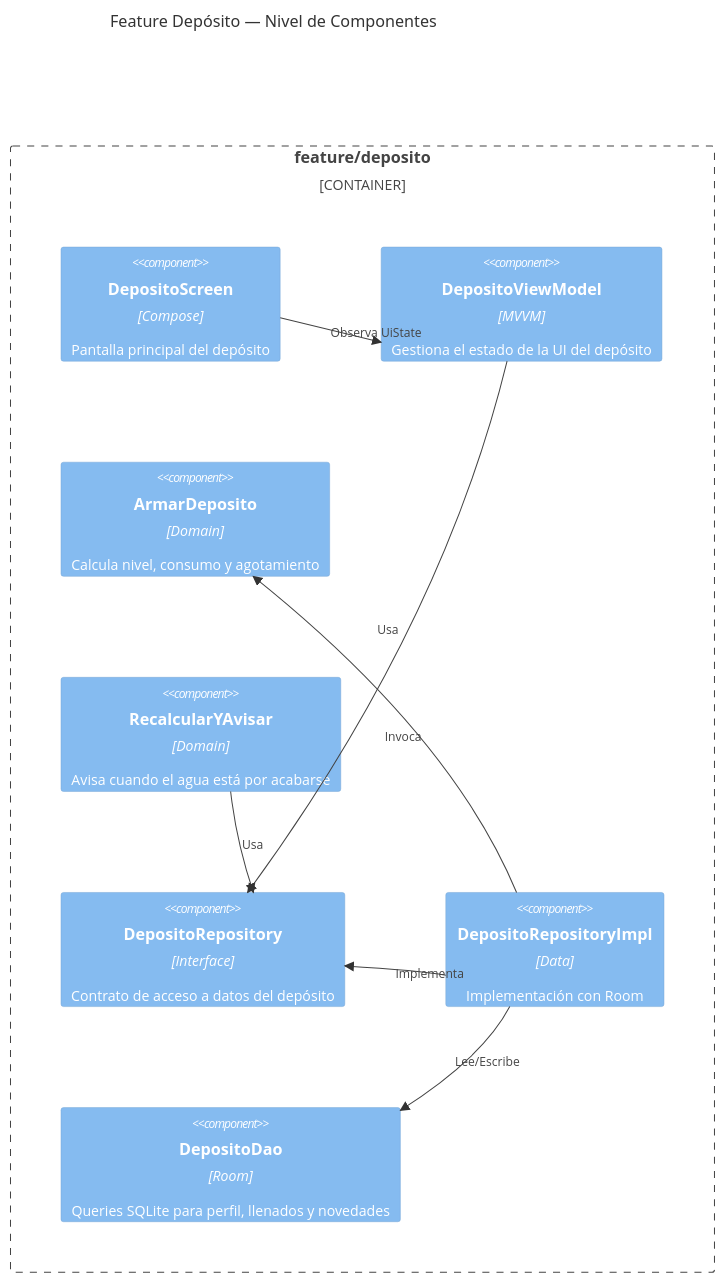
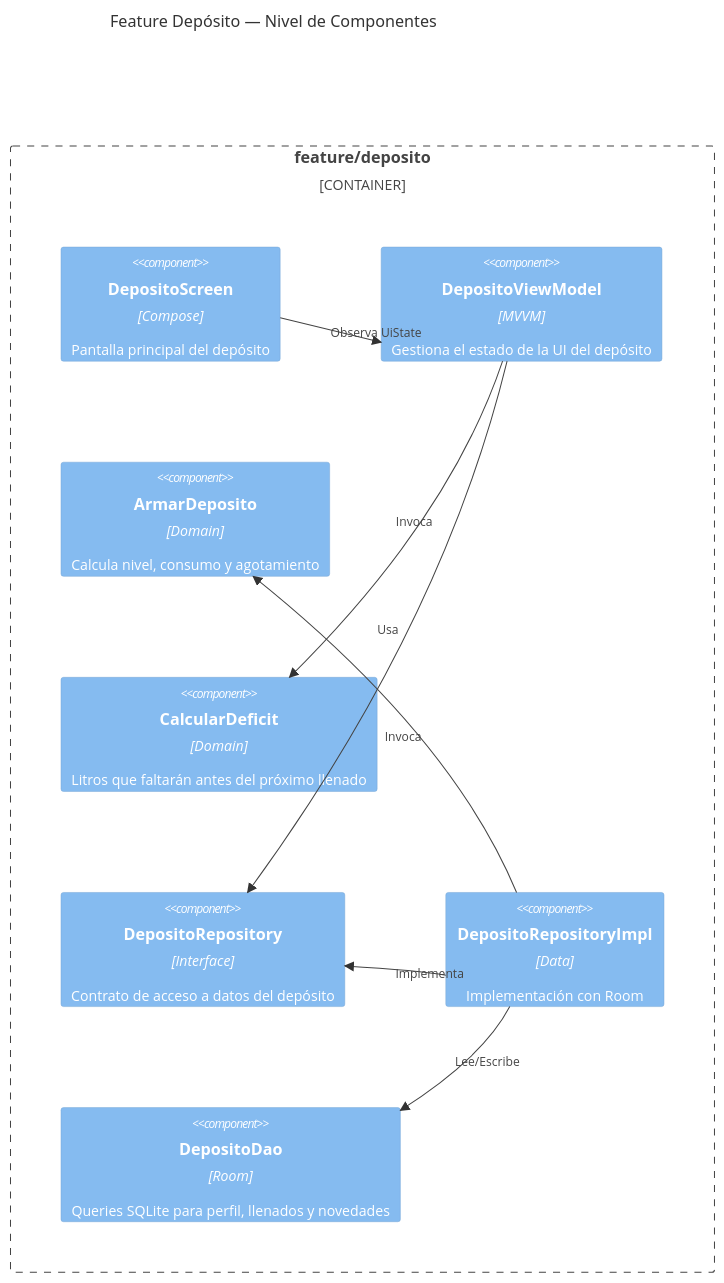
Before and after one commit to IkerASierraR/AguardApp: the fourth of 5 diagrams in Readme.md, drawn with Mermaid. The commit also changed other lines of this file and 109 other files, not shown here.

````diff
--- a/Readme.md
+++ b/Readme.md
@@ -216,21 +211,21 @@
 ```mermaid
 C4Component
     title Feature Depósito — Nivel de Componentes
 
     Container_Boundary(deposito, "feature/deposito") {
         Component(screen, "DepositoScreen", "Compose", "Pantalla principal del depósito")
         Component(vm, "DepositoViewModel", "MVVM", "Gestiona el estado de la UI del depósito")
         Component(uc_armar, "ArmarDeposito", "Domain", "Calcula nivel, consumo y agotamiento")
-        Component(uc_avisar, "RecalcularYAvisar", "Domain", "Avisa cuando el agua está por acabarse")
+        Component(uc_deficit, "CalcularDeficit", "Domain", "Litros que faltarán antes del próximo llenado")
         Component(repo_if, "DepositoRepository", "Interface", "Contrato de acceso a datos del depósito")
         Component(repo_impl, "DepositoRepositoryImpl", "Data", "Implementación con Room")
         Component(dao, "DepositoDao", "Room", "Queries SQLite para perfil, llenados y novedades")
     }
 
     Rel(screen, vm, "Observa UiState")
     Rel(vm, repo_if, "Usa")
     Rel(repo_impl, uc_armar, "Invoca")
-    Rel(uc_avisar, repo_if, "Usa")
+    Rel(vm, uc_deficit, "Invoca")
     Rel(repo_impl, repo_if, "Implementa")
     Rel(repo_impl, dao, "Lee/Escribe")
 ```
````
